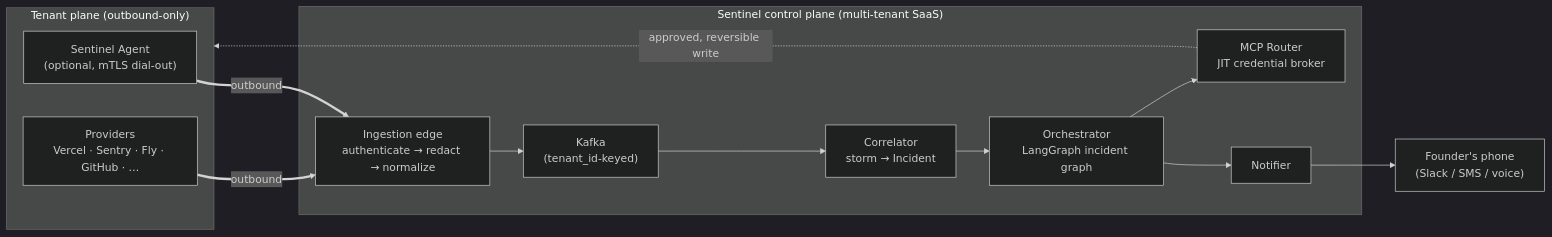
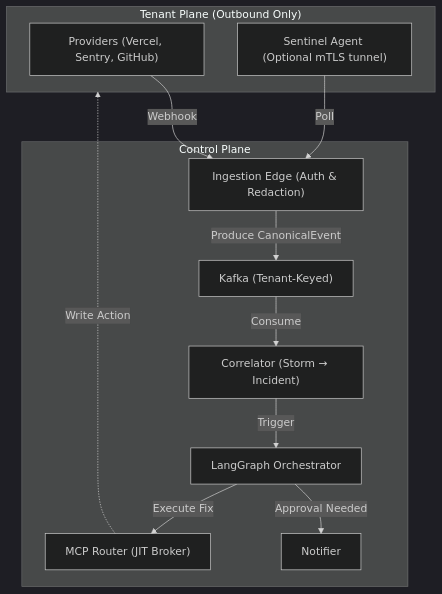
Before and after one commit to tejas-ashri/On-Call-Agent: the diagram in README.md, drawn with Mermaid (dark theme). The commit also changed other lines of this file and 2 other files, not shown here.

````diff
--- a/README.md
+++ b/README.md
@@ -131,19 +68,25 @@
 ```mermaid
-flowchart LR
-  subgraph TP["Tenant plane (outbound-only)"]
-    PROV["Providers<br/>Vercel · Sentry · Fly · GitHub · …"]
-    AGENT["Sentinel Agent<br/>(optional, mTLS dial-out)"]
+flowchart TD
+  subgraph Tenant_Plane["Tenant Plane (Outbound Only)"]
+    PROV["Providers (Vercel, Sentry, GitHub)"]
+    AGENT["Sentinel Agent (Optional mTLS tunnel)"]
   end
-  subgraph CP["Sentinel control plane (multi-tenant SaaS)"]
-    EDGE["Ingestion edge<br/>authenticate → redact → normalize"]
-    K["Kafka<br/>(tenant_id-keyed)"]
-    COR["Correlator<br/>storm → Incident"]
-    ORC["Orchestrator<br/>LangGraph incident graph"]
-    MCP["MCP Router<br/>JIT credential broker"]
-    NOT["Notifier"]
+
+  subgraph Control_Plane["Control Plane"]
+    EDGE["Ingestion Edge (Auth & Redaction)"]
+    KAFKA["Kafka (Tenant-Keyed)"]
+    CORR["Correlator (Storm → Incident)"]
+    ORCH["LangGraph Orchestrator"]
+    MCP["MCP Router (JIT Broker)"]
+    NOTIFY["Notifier"]
   end
-  H["Founder's phone<br/>(Slack / SMS / voice)"]
-  PROV & AGENT ==>|"outbound"| EDGE --> K --> COR --> ORC
-  ORC --> MCP -.->|"approved, reversible write"| TP
-  ORC --> NOT --> H
+
+  PROV -->|Webhook| EDGE
+  AGENT -->|Poll| EDGE
+  EDGE -->|Produce CanonicalEvent| KAFKA
+  KAFKA -->|Consume| CORR
+  CORR -->|Trigger| ORCH
+  ORCH -->|Approval Needed| NOTIFY
+  ORCH -->|Execute Fix| MCP
+  MCP -.->|Write Action| Tenant_Plane
 ```
````
